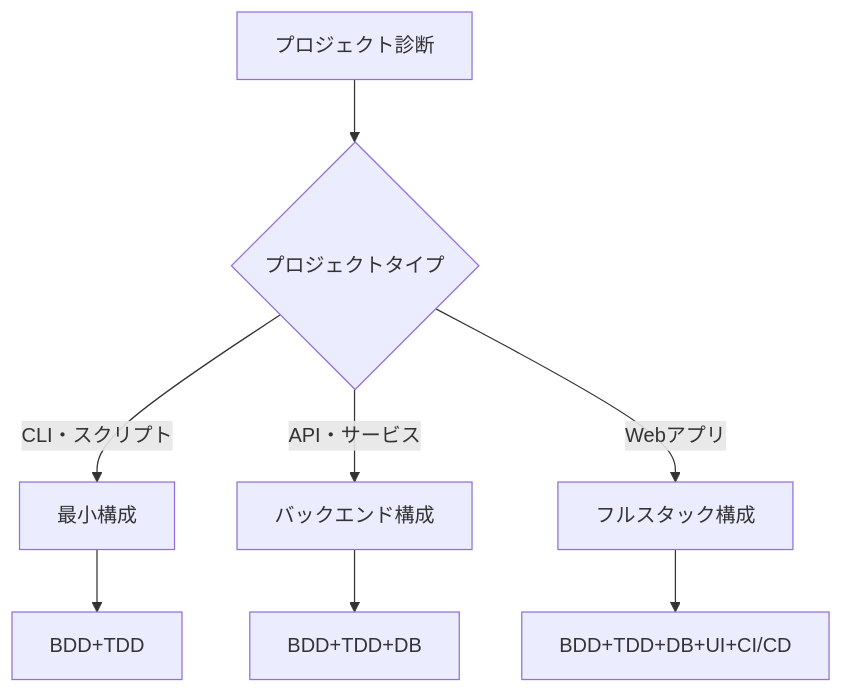
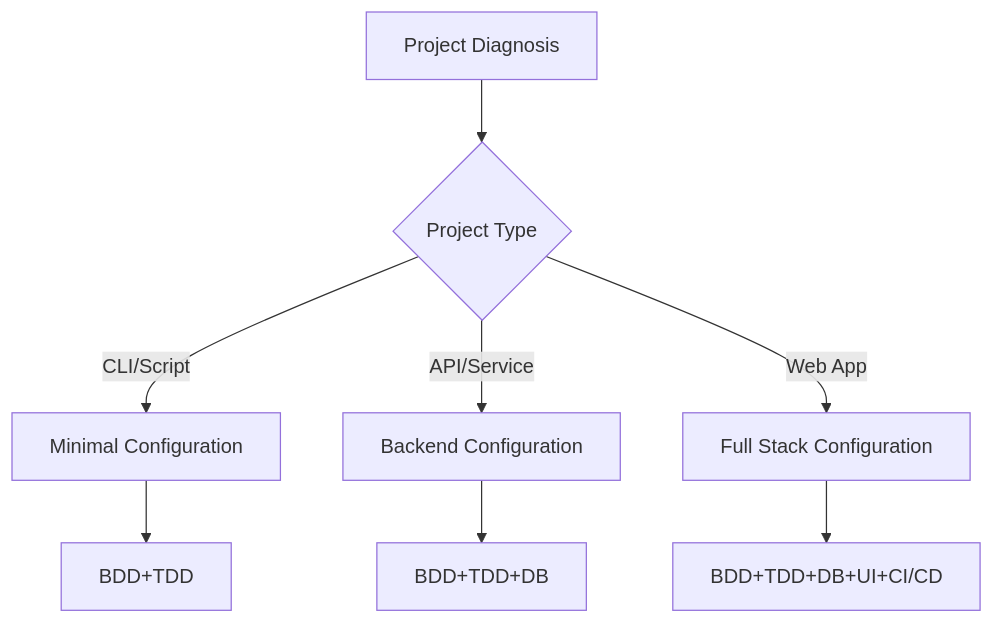
The first of 2 diagrams in docs/ai-driven-development-unified-guide.md (itdojp/RigorFlow), drawn with Mermaid before and after one commit. The commit also changed other lines of this file and 15 other files, not shown here.

````diff
--- a/docs/ai-driven-development-unified-guide.md
+++ b/docs/ai-driven-development-unified-guide.md
@@ -82,12 +82,12 @@
 ```mermaid
 graph TD
-    A[プロジェクト診断] --> B{プロジェクトタイプ}
+    A[Project Diagnosis] --> B{Project Type}
     
-    B -->|CLI・スクリプト| C[最小構成]
-    B -->|API・サービス| D[バックエンド構成]
-    B -->|Webアプリ| E[フルスタック構成]
+    B -->|CLI/Script| C[Minimal Configuration]
+    B -->|API/Service| D[Backend Configuration]
+    B -->|Web App| E[Full Stack Configuration]
     
     C --> F[BDD+TDD]
     D --> G[BDD+TDD+DB]
     E --> H[BDD+TDD+DB+UI+CI/CD]
 ```
````
